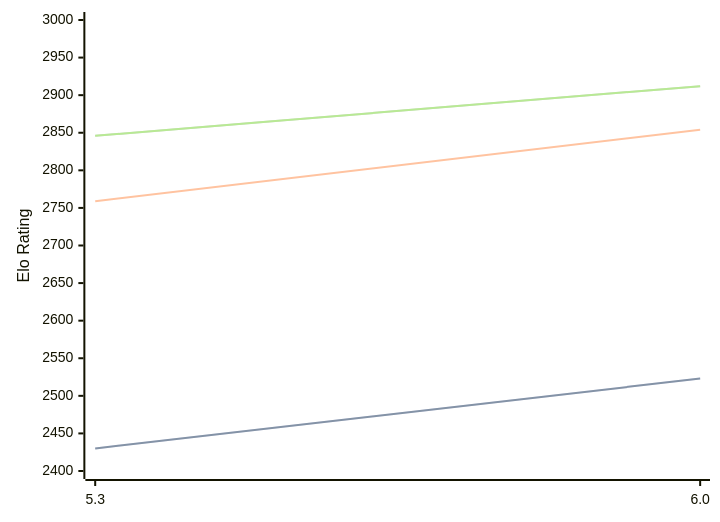
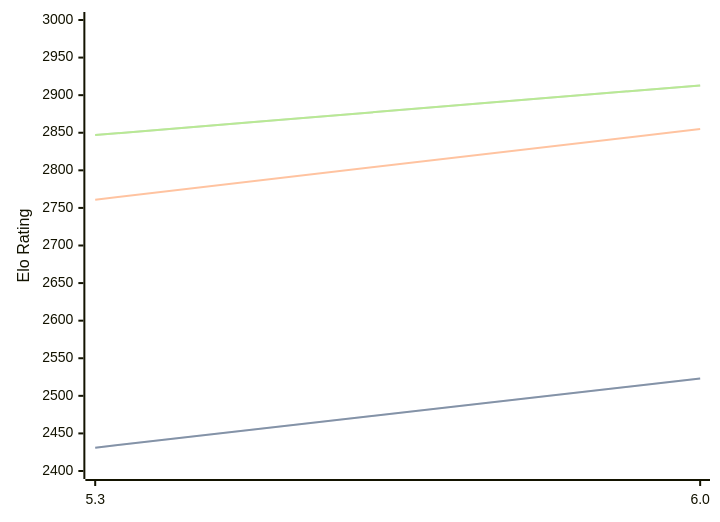
The diagram in engines/tomitankChess.md (computer-chess-index/cci), drawn with Mermaid before and after one commit. The commit also changed other lines of this file, not shown here.

Commit message:
Update CCI Ratings (ELO VLTC) - 2026-04-25

````diff
--- a/engines/tomitankChess.md
+++ b/engines/tomitankChess.md
@@ -40,11 +40,11 @@
 ```mermaid
 %%{init: {"theme":"base","themeVariables":{"seriesColors:['#a3a3a3','#222221','#faa371']}}}%%
 xychart-beta
   x-axis ["5.3", "6.0"]
   y-axis "Elo Rating" 2400 --> 3000
-  line "STC (8.0+0.08s)" [2430, 2523]
-  line "STC (8.0+0.08s)" [2430, 2523]
-  line "LTC (60.0+0.60s)" [2759, 2854]
-  line "VLTC (2m24s+1.12s)" [2846, 2912]
-  line "VLTC (2m24s+1.12s)" [2846, 2912]
+  line "STC (8.0+0.08s)" [2431, 2523]
+  line "STC (8.0+0.08s)" [2431, 2523]
+  line "LTC (60.0+0.60s)" [2761, 2855]
+  line "VLTC (2m24s+1.12s)" [2847, 2913]
+  line "VLTC (2m24s+1.12s)" [2847, 2913]
 ```
````
